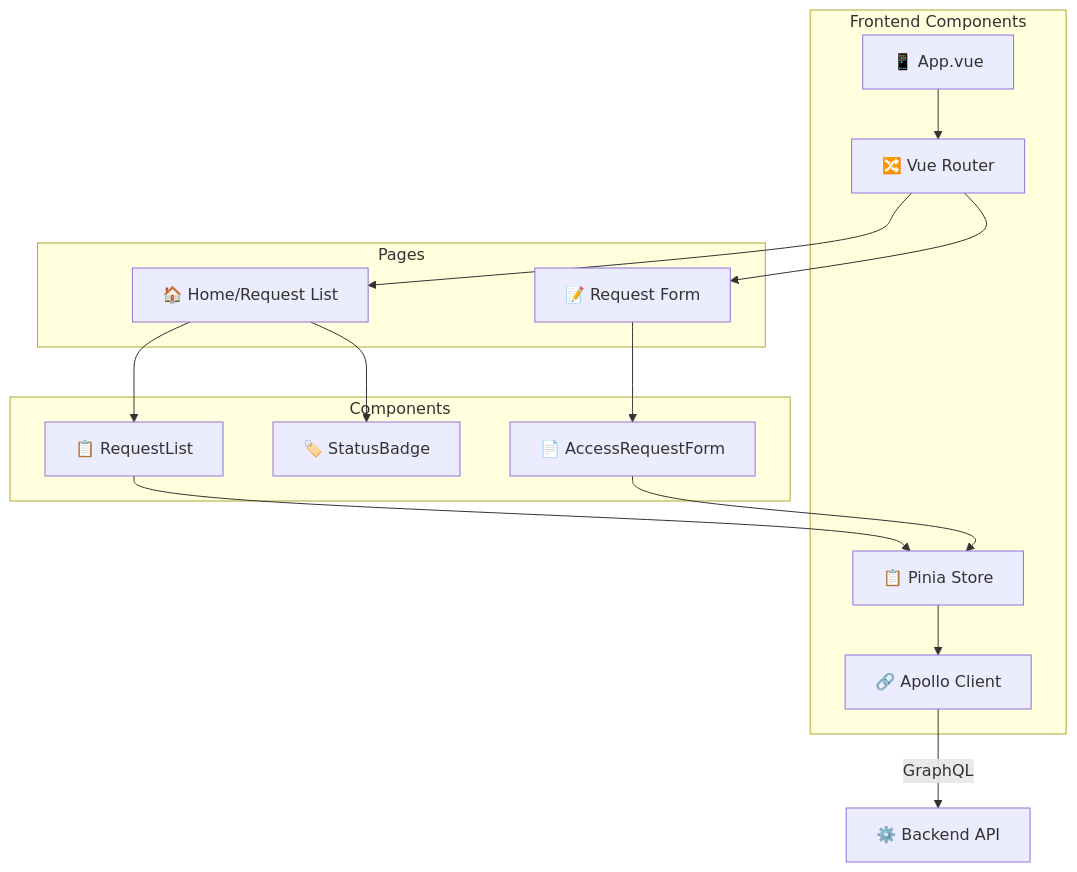
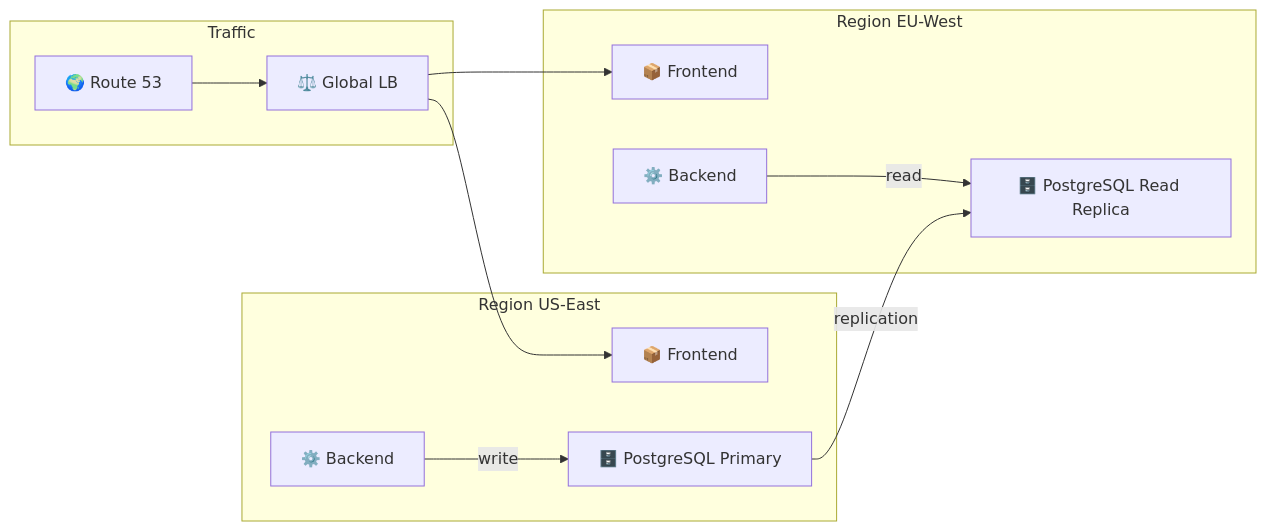
One commit to mathianasj/access-tracker changed the ninth of 9 diagrams in docs/architecture.md. Above: the diagram before and after it, drawn with Mermaid. The commit also changed other lines of this file, not shown here.

First line of the commit message:
docs: enhance architecture.md for demo presentation

````diff
--- a/docs/architecture.md
+++ b/docs/architecture.md
@@ -148,31 +376,26 @@
 ```mermaid
-graph TD
-    subgraph "Frontend Components"
-        App["📱 App.vue"]
-        Router["🔀 Vue Router"]
-        Store["📋 Pinia Store"]
-        Apollo["🔗 Apollo Client"]
+flowchart LR
+    subgraph "Region US-East"
+        FE1["📦 Frontend"]
+        BE1["⚙️ Backend"]
+        DB1["🗄️ PostgreSQL Primary"]
     end
 
-    subgraph "Pages"
-        Home["🏠 Home/Request List"]
-        Form["📝 Request Form"]
+    subgraph "Region EU-West"
+        FE2["📦 Frontend"]
+        BE2["⚙️ Backend"]
+        DB2["🗄️ PostgreSQL Read Replica"]
     end
 
-    subgraph "Components"
-        RequestList["📋 RequestList"]
-        StatusBadge["🏷️ StatusBadge"]
-        AccessRequestForm["📄 AccessRequestForm"]
+    subgraph "Traffic"
+        DNS["🌍 Route 53"]
+        LB["⚖️ Global LB"]
     end
 
-    App --> Router
-    Router --> Home
-    Router --> Form
-    Home --> RequestList
-    Home --> StatusBadge
-    Form --> AccessRequestForm
-    RequestList --> Store
-    AccessRequestForm --> Store
-    Store --> Apollo
-    Apollo -->|GraphQL| Backend["⚙️ Backend API"]
+    DNS --> LB
+    LB --> FE1
+    LB --> FE2
+    BE1 -->|write| DB1
+    BE2 -->|read| DB2
+    DB1 -->|replication| DB2
 ```
````
